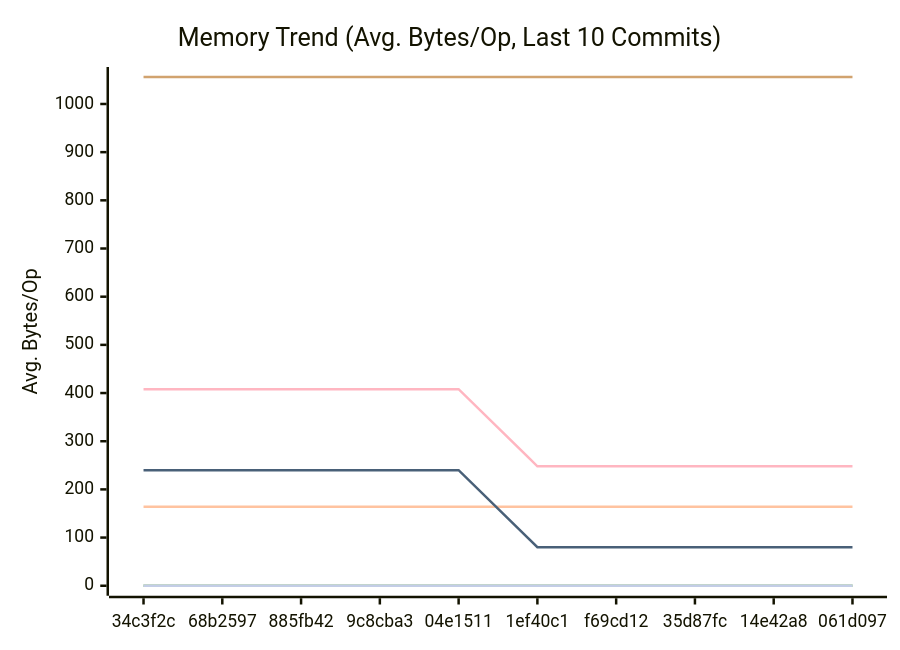
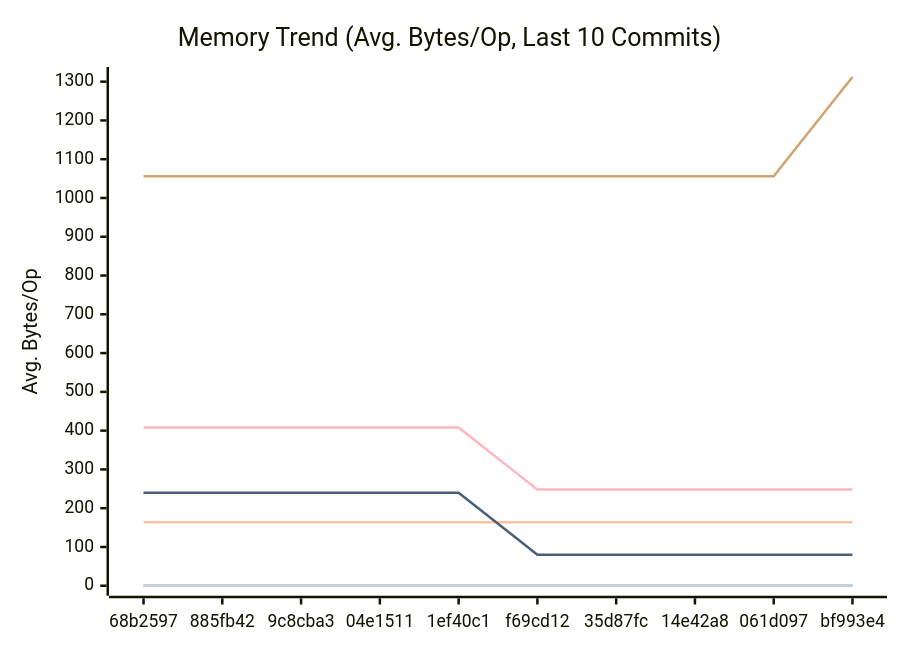
Before and after one commit to alsotoes/momo: the second of 3 diagrams in docs/PERFORMANCE.md, drawn with Mermaid. The commit also changed other lines of this file and 168 other files, not shown here.

````diff
--- a/docs/PERFORMANCE.md
+++ b/docs/PERFORMANCE.md
@@ -97,16 +99,16 @@
 ```mermaid
 xychart-beta
     title "Memory Trend (Avg. Bytes/Op, Last 10 Commits)"
     x-axis "Commit"
     y-axis "Avg. Bytes/Op"
-    x-axis [34c3f2c,68b2597,885fb42,9c8cba3,04e1511,1ef40c1,f69cd12,35d87fc,14e42a8,061d097]
+    x-axis [68b2597,885fb42,9c8cba3,04e1511,1ef40c1,f69cd12,35d87fc,14e42a8,061d097,bf993e4]
     line "CheckMetricsAndSwap" [0,0,0,0,0,0,0,0,0,0]
     line "CrushOptimized" [0,0,0,0,0,0,0,0,0,0]
     line "CrushOriginal" [164,164,164,164,164,164,164,164,164,164]
     line "IndexDirectTracking" [0,0,0,0,0,0,0,0,0,0]
     line "IndexSearch" [0,0,0,0,0,0,0,0,0,0]
-    line "LoadGlobalConfig" [1056,1056,1056,1056,1056,1056,1056,1056,1056,1056]
+    line "LoadGlobalConfig" [1056,1056,1056,1056,1056,1056,1056,1056,1056,1312]
     line "PadString" [0,0,0,0,0,0,0,0,0,0]
     line "ParseReplicationOrder_NoPrealloc" [408,408,408,408,408,248,248,248,248,248]
     line "ParseReplicationOrder_Prealloc" [240,240,240,240,240,80,80,80,80,80]
 ```
````
